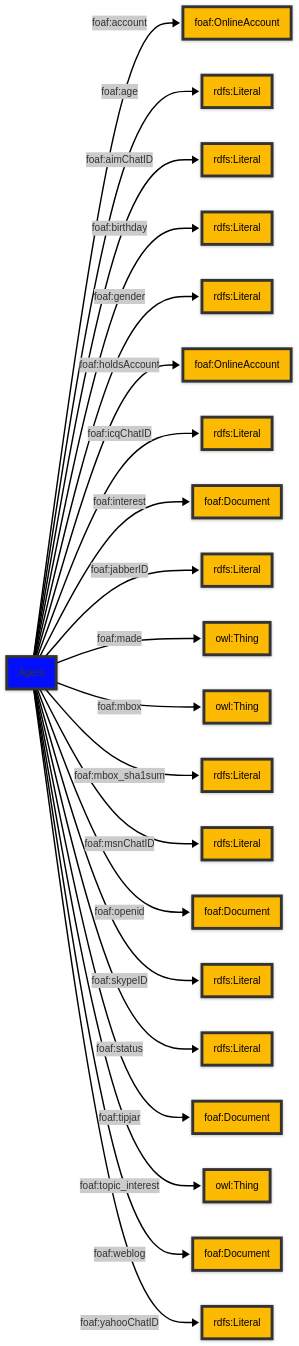
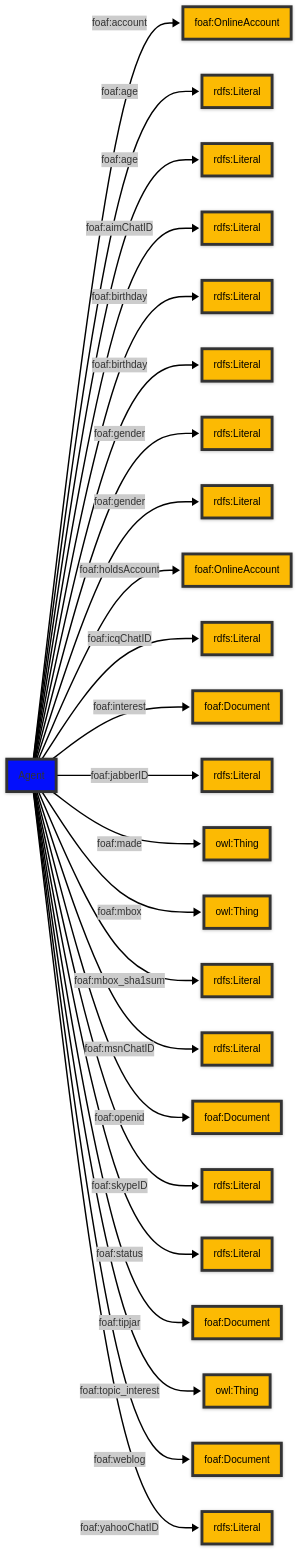
One commit to StephaneBranly/ontodoc changed the diagram in example/build/class/Agent.md. Above: the diagram before and after it, drawn with Mermaid. The commit also changed other lines of this file and 88 other files, not shown here.

````diff
--- a/example/build/class/Agent.md
+++ b/example/build/class/Agent.md
@@ -34,51 +37,57 @@
 ```mermaid
 ---
 config:
   look: neo
   theme: neo
 ---
 flowchart LR
-    Agent -- foaf:account --> 15[foaf:OnlineAccount]
+    Agent -- foaf:account --> 21[foaf:OnlineAccount]
+    class 21 literal;
+    Agent -- foaf:age --> 9[rdfs:Literal]
+    class 9 literal;
+    Agent -- foaf:age --> 13[rdfs:Literal]
+    class 13 literal;
+    Agent -- foaf:aimChatID --> 3[rdfs:Literal]
+    class 3 literal;
+    Agent -- foaf:birthday --> 8[rdfs:Literal]
+    class 8 literal;
+    Agent -- foaf:birthday --> 12[rdfs:Literal]
+    class 12 literal;
+    Agent -- foaf:gender --> 1[rdfs:Literal]
+    class 1 literal;
+    Agent -- foaf:gender --> 11[rdfs:Literal]
+    class 11 literal;
+    Agent -- foaf:holdsAccount --> 22[foaf:OnlineAccount]
+    class 22 literal;
+    Agent -- foaf:icqChatID --> 5[rdfs:Literal]
+    class 5 literal;
+    Agent -- foaf:interest --> 19[foaf:Document]
+    class 19 literal;
+    Agent -- foaf:jabberID --> 2[rdfs:Literal]
+    class 2 literal;
+    Agent -- foaf:made --> 18[owl:Thing]
+    class 18 literal;
+    Agent -- foaf:mbox --> 14[owl:Thing]
+    class 14 literal;
+    Agent -- foaf:mbox_sha1sum --> 0[rdfs:Literal]
+    class 0 literal;
+    Agent -- foaf:msnChatID --> 7[rdfs:Literal]
+    class 7 literal;
+    Agent -- foaf:openid --> 16[foaf:Document]
+    class 16 literal;
+    Agent -- foaf:skypeID --> 4[rdfs:Literal]
+    class 4 literal;
+    Agent -- foaf:status --> 10[rdfs:Literal]
+    class 10 literal;
+    Agent -- foaf:tipjar --> 17[foaf:Document]
+    class 17 literal;
+    Agent -- foaf:topic_interest --> 20[owl:Thing]
+    class 20 literal;
+    Agent -- foaf:weblog --> 15[foaf:Document]
     class 15 literal;
-    Agent -- foaf:age --> 18[rdfs:Literal]
-    class 18 literal;
-    Agent -- foaf:aimChatID --> 4[rdfs:Literal]
-    class 4 literal;
-    Agent -- foaf:birthday --> 17[rdfs:Literal]
-    class 17 literal;
-    Agent -- foaf:gender --> 2[rdfs:Literal]
-    class 2 literal;
-    Agent -- foaf:holdsAccount --> 16[foaf:OnlineAccount]
-    class 16 literal;
-    Agent -- foaf:icqChatID --> 6[rdfs:Literal]
+    Agent -- foaf:yahooChatID --> 6[rdfs:Literal]
     class 6 literal;
-    Agent -- foaf:interest --> 13[foaf:Document]
-    class 13 literal;
-    Agent -- foaf:jabberID --> 3[rdfs:Literal]
-    class 3 literal;
-    Agent -- foaf:made --> 12[owl:Thing]
-    class 12 literal;
-    Agent -- foaf:mbox --> 0[owl:Thing]
-    class 0 literal;
-    Agent -- foaf:mbox_sha1sum --> 1[rdfs:Literal]
-    class 1 literal;
-    Agent -- foaf:msnChatID --> 8[rdfs:Literal]
-    class 8 literal;
-    Agent -- foaf:openid --> 10[foaf:Document]
-    class 10 literal;
-    Agent -- foaf:skypeID --> 5[rdfs:Literal]
-    class 5 literal;
-    Agent -- foaf:status --> 19[rdfs:Literal]
-    class 19 literal;
-    Agent -- foaf:tipjar --> 11[foaf:Document]
-    class 11 literal;
-    Agent -- foaf:topic_interest --> 14[owl:Thing]
-    class 14 literal;
-    Agent -- foaf:weblog --> 9[foaf:Document]
-    class 9 literal;
-    Agent -- foaf:yahooChatID --> 7[rdfs:Literal]
-    class 7 literal;
     class Agent baseclass;
 classDef literal fill:#fcba03,stroke:#333,stroke-width:4px,color:black;
 classDef baseclass fill:#030ffc,stroke:#333,stroke-width:4px;
 ```
````
